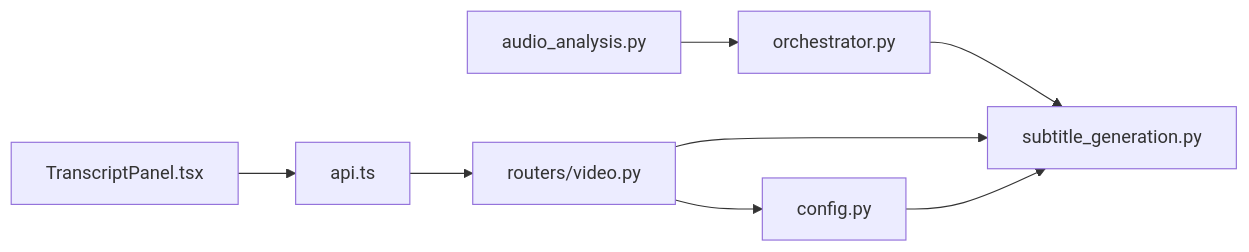
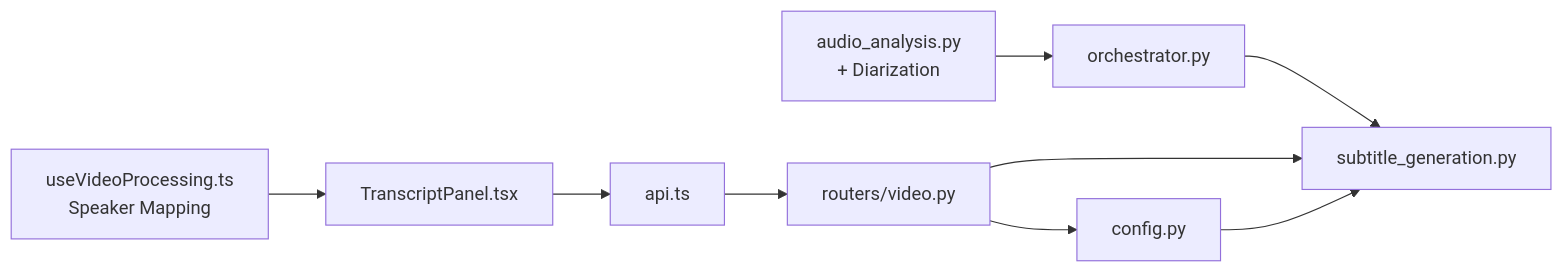
One commit to alexandreybasta-cyber/dubai-media-ai changed the eighth of 8 diagrams in .qoder/repowiki/en/content/Media Processing Pipeline/Subtitle Generation Module.md. Above: the diagram before and after it, drawn with Mermaid. The commit also changed other lines of this file and 20 other files, not shown here.

````diff
--- a/.qoder/repowiki/en/content/Media Processing Pipeline/Subtitle Generation Module.md
+++ b/.qoder/repowiki/en/content/Media Processing Pipeline/Subtitle Generation Module.md
@@ -278,10 +367,11 @@
 ```mermaid
 graph LR
 Config["config.py"] --> SubGen["subtitle_generation.py"]
-Audio["audio_analysis.py"] --> Orchestrator["orchestrator.py"]
+Audio["audio_analysis.py<br/>+ Diarization"] --> Orchestrator["orchestrator.py"]
 Orchestrator --> SubGen
 Router["routers/video.py"] --> SubGen
 Router --> Config
 FE_API["api.ts"] --> Router
 FE_Panel["TranscriptPanel.tsx"] --> FE_API
+FE_Hook["useVideoProcessing.ts<br/>Speaker Mapping"] --> FE_Panel
 ```
````
